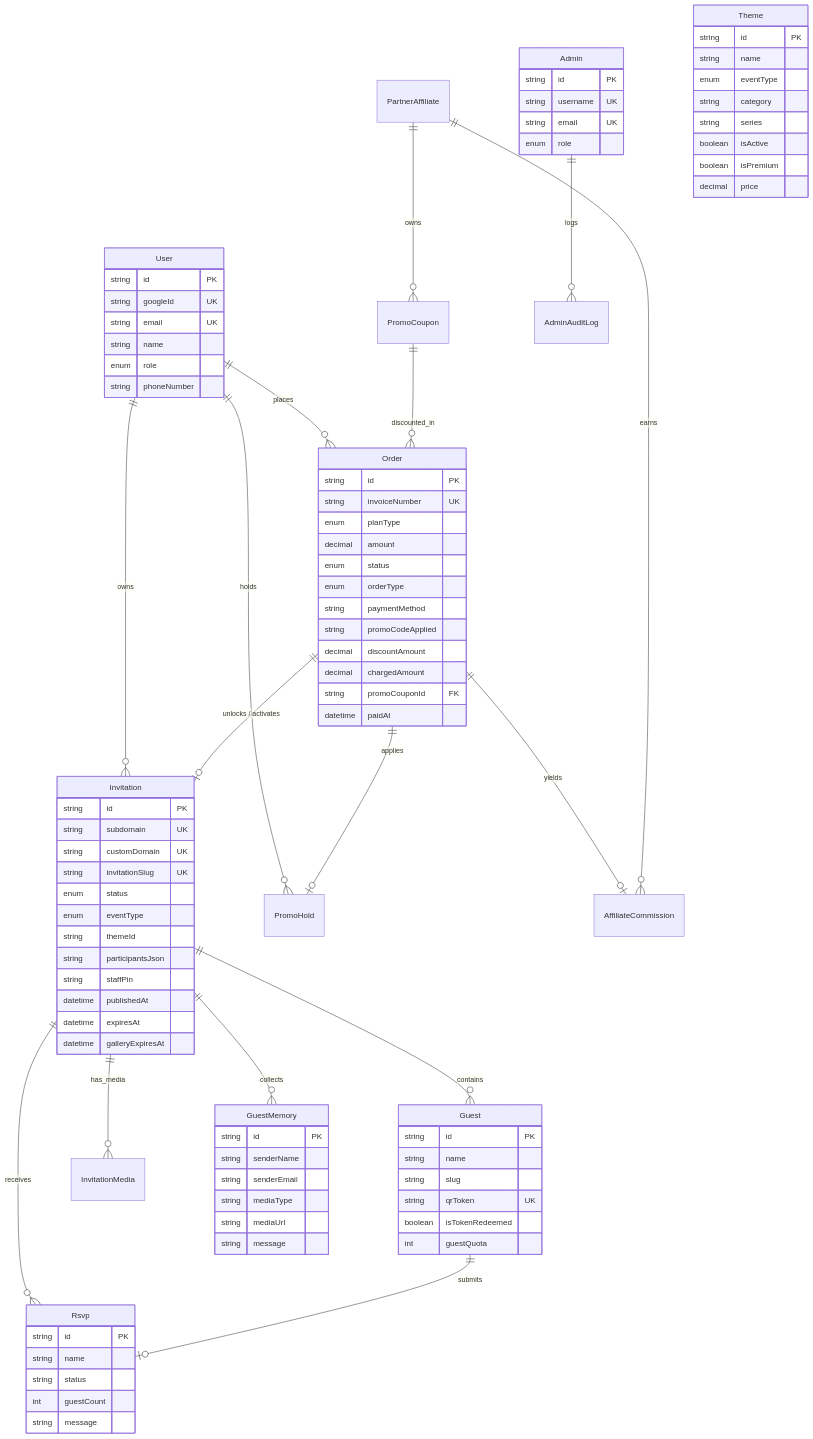
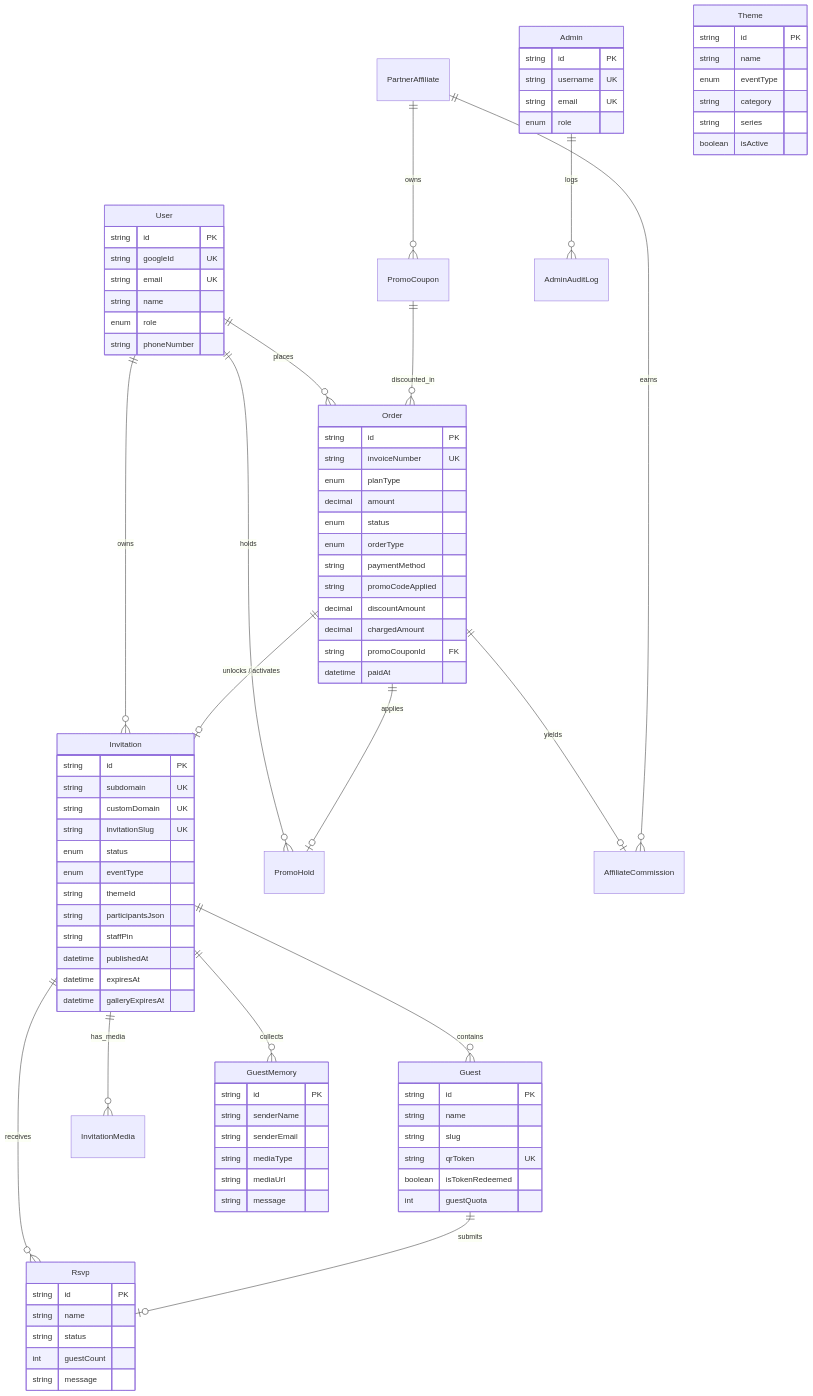
Before and after one commit to armansyam/luxenary-invite: the first of 3 diagrams in docs/DATABASE_SCHEMA_DAN_RELASI.md, drawn with Mermaid. The commit also changed other lines of this file and 17 other files, not shown here.

First line of the commit message:
refactor: remove theme price and premium label; paket differ by features, not themes

```diff
--- a/docs/DATABASE_SCHEMA_DAN_RELASI.md
+++ b/docs/DATABASE_SCHEMA_DAN_RELASI.md
@@ -71,8 +71,6 @@
         string category
         string series
         boolean isActive
-        boolean isPremium
-        decimal price
     }
 
     Guest {
```
